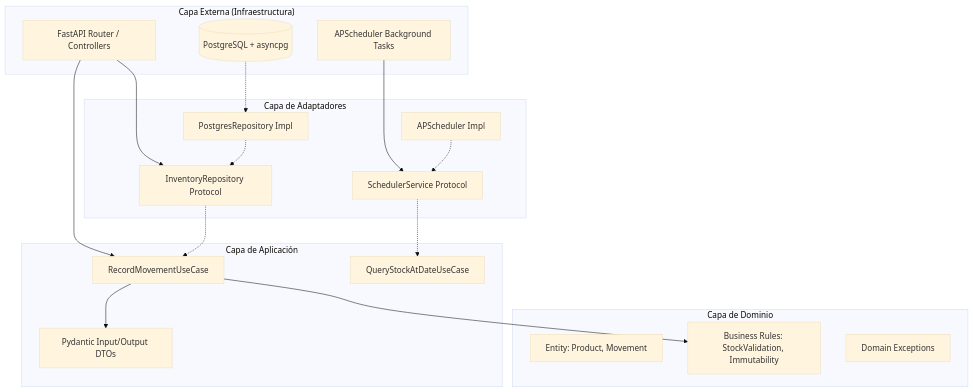
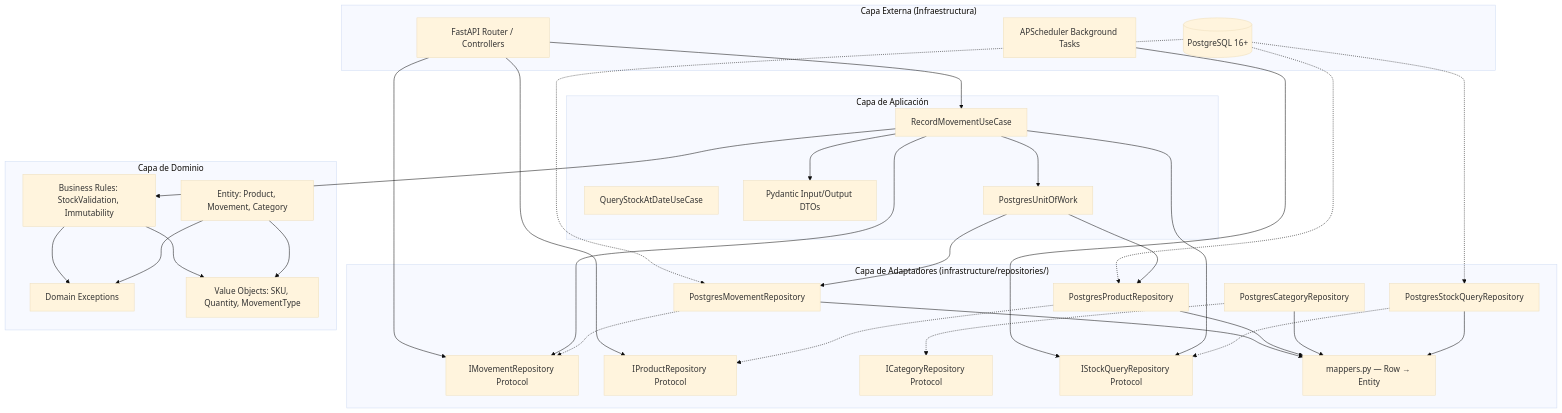
One commit to Fisherk2/esquema-stock-historial changed the diagram in docs/agents/architecture-design.md. Above: the diagram before and after it, drawn with Mermaid (base theme). The commit also changed other lines of this file and 8 other files, not shown here.

````diff
--- a/docs/agents/architecture-design.md
+++ b/docs/agents/architecture-design.md
@@ -7,38 +7,61 @@
 ```mermaid
 graph TD
     subgraph "Capa Externa (Infraestructura)"
         API[FastAPI Router / Controllers]
         SCHED[APScheduler Background Tasks]
-        DB[(PostgreSQL + asyncpg)]
+        DB[(PostgreSQL 16+)]
     end
 
-    subgraph "Capa de Adaptadores"
-        IRepo[InventoryRepository Protocol]
-        ISched[SchedulerService Protocol]
-        RepoImpl[PostgresRepository Impl]
-        SchedImpl[APScheduler Impl]
+    subgraph "Capa de Adaptadores (infrastructure/repositories/)"
+        IMovRepo[IMovementRepository Protocol]
+        IProdRepo[IProductRepository Protocol]
+        ICatRepo[ICategoryRepository Protocol]
+        IStockRepo[IStockQueryRepository Protocol]
+        MovRepoImpl[PostgresMovementRepository]
+        ProdRepoImpl[PostgresProductRepository]
+        CatRepoImpl[PostgresCategoryRepository]
+        StockRepoImpl[PostgresStockQueryRepository]
+        Mappers[mappers.py — Row → Entity]
     end
 
     subgraph "Capa de Aplicación"
         UseCase[RecordMovementUseCase]
         UseCase2[QueryStockAtDateUseCase]
         DTOs[Pydantic Input/Output DTOs]
+        UoW[PostgresUnitOfWork]
     end
 
     subgraph "Capa de Dominio"
-        Ent[Entity: Product, Movement]
+        Ent[Entity: Product, Movement, Category]
         Rules[Business Rules: StockValidation, Immutability]
         Errs[Domain Exceptions]
+        VOs[Value Objects: SKU, Quantity, MovementType]
     end
 
-    API --> IRepo
+    API --> IMovRepo
+    API --> IProdRepo
     API --> UseCase
-    SCHED --> ISched
-    IRepo -.-> UseCase
-    ISched -.-> UseCase2
+    SCHED --> IStockRepo
+    UseCase --> IMovRepo
+    UseCase --> IStockRepo
     UseCase --> Rules
     UseCase --> DTOs
-    RepoImpl -.-> IRepo
-    SchedImpl -.-> ISched
-    DB -.-> RepoImpl
+    MovRepoImpl -.-> IMovRepo
+    ProdRepoImpl -.-> IProdRepo
+    CatRepoImpl -.-> ICatRepo
+    StockRepoImpl -.-> IStockRepo
+    MovRepoImpl --> Mappers
+    ProdRepoImpl --> Mappers
+    CatRepoImpl --> Mappers
+    StockRepoImpl --> Mappers
+    DB -.-> MovRepoImpl
+    DB -.-> ProdRepoImpl
+    DB -.-> StockRepoImpl
+    UoW --> MovRepoImpl
+    UoW --> ProdRepoImpl
+    UseCase --> UoW
+    Rules --> Errs
+    Rules --> VOs
+    Ent --> VOs
+    Ent --> Errs
 ```
````
